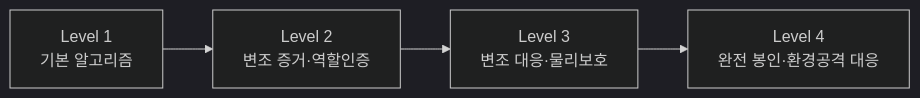
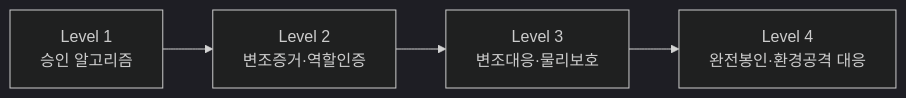
The diagram in content/fips-140-2.md (coninggu/wjdqhrhksflrltnftk), drawn with Mermaid (dark theme) before and after one commit. The commit also changed other lines of this file and 6 other files, not shown here.

````diff
--- a/content/fips-140-2.md
+++ b/content/fips-140-2.md
@@ -13,6 +13,6 @@
 ```mermaid
 flowchart LR
-  L1[Level 1<br/>기본 알고리즘] --> L2[Level 2<br/>변조 증거·역할인증]
-  L2 --> L3[Level 3<br/>변조 대응·물리보호]
-  L3 --> L4[Level 4<br/>완전 봉인·환경공격 대응]
+  L1[Level 1<br/>승인 알고리즘] --> L2[Level 2<br/>변조증거·역할인증]
+  L2 --> L3[Level 3<br/>변조대응·물리보호]
+  L3 --> L4[Level 4<br/>완전봉인·환경공격 대응]
 ```
````
